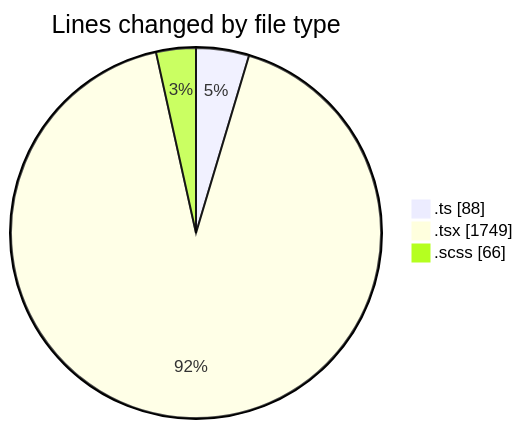
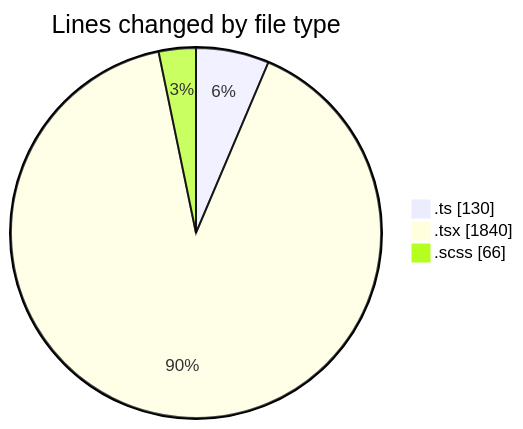
Before and after one commit to momahboobian/code-tracking: the first of 2 diagrams in 2026-11-05/cda/README.md, drawn with Mermaid. The commit also changed other lines of this file and 1 other file, not shown here.

````diff
--- a/2026-11-05/cda/README.md
+++ b/2026-11-05/cda/README.md
@@ -25,7 +27,7 @@
 ```mermaid
 pie showData
 title Lines changed by file type
-".ts" : 88
-".tsx" : 1749
+".ts" : 130
+".tsx" : 1840
 ".scss" : 66
 ```
````
